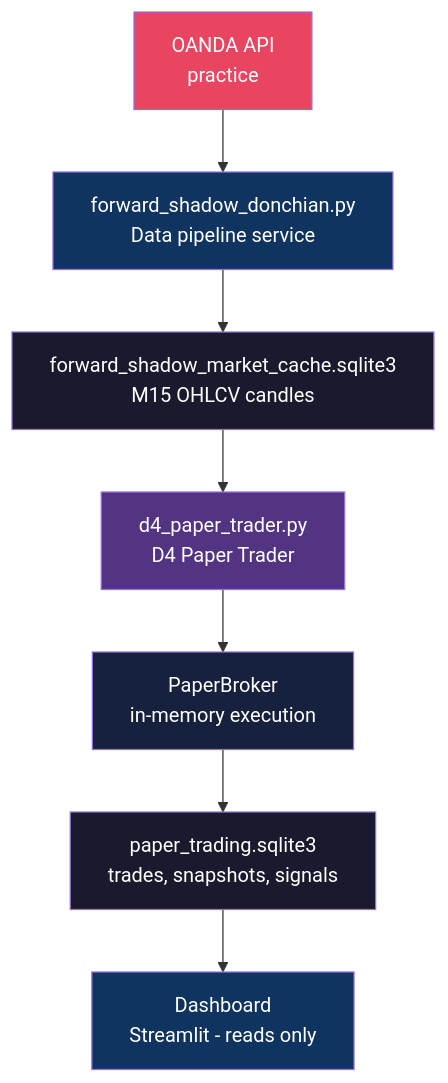
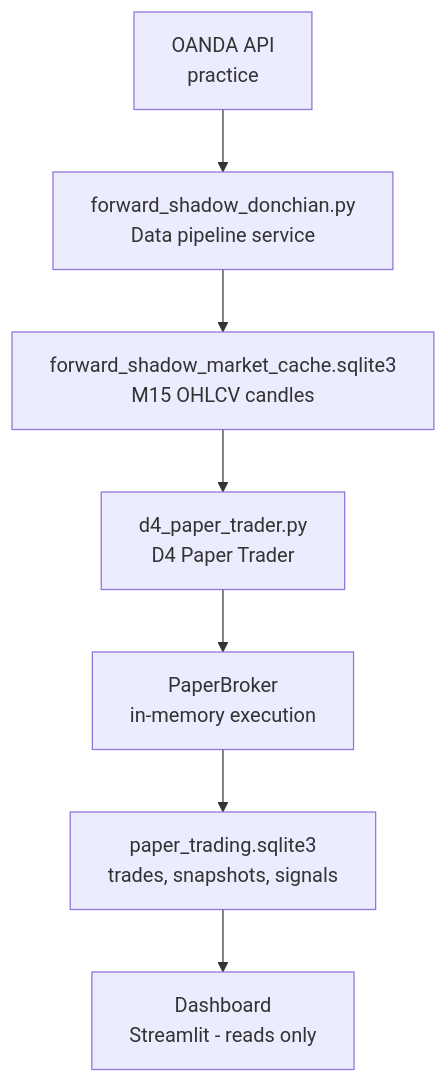
Before and after one commit to Naxisbeast/AURUM-1: the first of 2 diagrams in README.md, drawn with Mermaid. The commit also changed other lines of this file and 174 other files, not shown here.

````diff
--- a/README.md
+++ b/README.md
@@ -83,17 +38,9 @@
 ```mermaid
 graph TD
     OA[OANDA API<br/>practice] --> FSD[forward_shadow_donchian.py<br/>Data pipeline service]
     FSD --> MC[forward_shadow_market_cache.sqlite3<br/>M15 OHLCV candles]
     MC --> D4[d4_paper_trader.py<br/>D4 Paper Trader]
     D4 --> PB[PaperBroker<br/>in-memory execution]
     PB --> PT[paper_trading.sqlite3<br/>trades, snapshots, signals]
     PT --> DB[Dashboard<br/>Streamlit - reads only]
-
-    style OA fill:#e94560,color:#fff
-    style FSD fill:#0f3460,color:#fff
-    style MC fill:#1a1a2e,color:#fff
-    style D4 fill:#533483,color:#fff
-    style PB fill:#16213e,color:#fff
-    style PT fill:#1a1a2e,color:#fff
-    style DB fill:#0f3460,color:#fff
 ```
````
